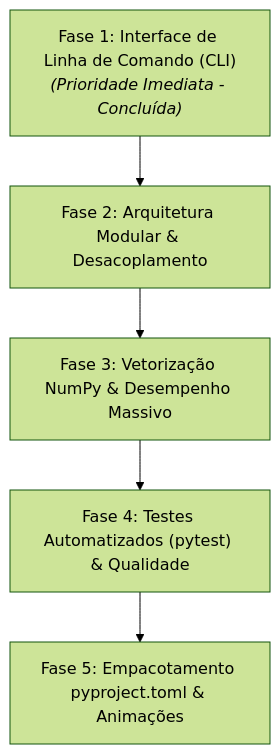
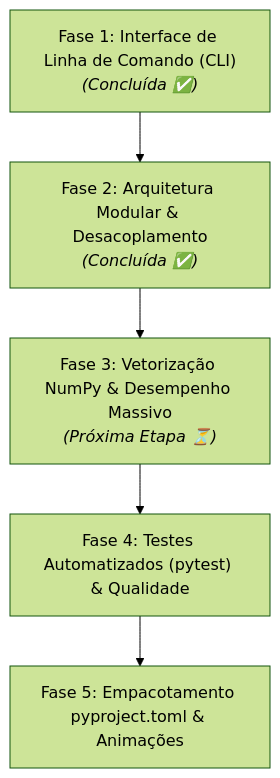
One commit to euler-borges/JuliaMandelbrotConstruction changed the diagram in docs/02_roteiro_melhorias.md. Above: the diagram before and after it, drawn with Mermaid (forest theme). The commit also changed other lines of this file and 17 other files, not shown here.

````diff
--- a/docs/02_roteiro_melhorias.md
+++ b/docs/02_roteiro_melhorias.md
@@ -9,7 +9,7 @@
 ```mermaid
 flowchart TD
-    Fase1["Fase 1: Interface de Linha de Comando (CLI)<br><i>(Prioridade Imediata - Concluída)</i>"] --> Fase2["Fase 2: Arquitetura Modular & Desacoplamento"]
-    Fase2 --> Fase3["Fase 3: Vetorização NumPy & Desempenho Massivo"]
+    Fase1["Fase 1: Interface de Linha de Comando (CLI)<br><i>(Concluída ✅)</i>"] --> Fase2["Fase 2: Arquitetura Modular & Desacoplamento<br><i>(Concluída ✅)</i>"]
+    Fase2 --> Fase3["Fase 3: Vetorização NumPy & Desempenho Massivo<br><i>(Próxima Etapa ⏳)</i>"]
     Fase3 --> Fase4["Fase 4: Testes Automatizados (pytest) & Qualidade"]
     Fase4 --> Fase5["Fase 5: Empacotamento pyproject.toml & Animações"]
 ```
````
